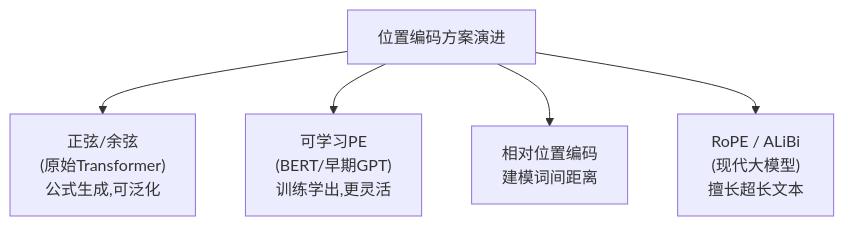
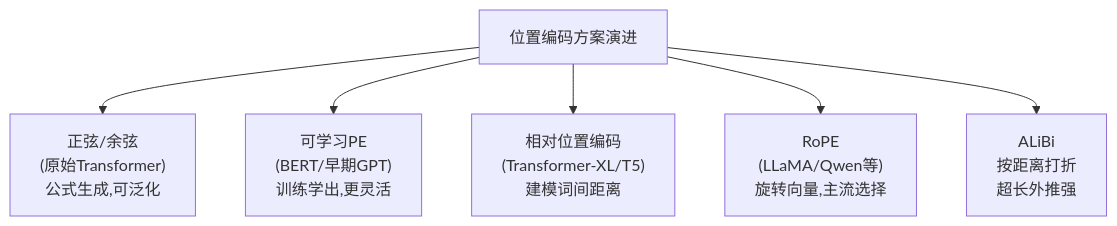
The seventh of 8 diagrams in transformer-学习资料/第05章-位置编码.md (zerioo1970/summary), drawn with Mermaid before and after one commit. The commit also changed other lines of this file and 4 other files, not shown here.

Commit message:
大幅扩写第3-7章:新增数值手算/深入原理/更多图解/FAQ/可视化代码

````diff
--- a/transformer-学习资料/第05章-位置编码.md
+++ b/transformer-学习资料/第05章-位置编码.md
@@ -128,7 +252,8 @@
 ```mermaid
 flowchart TB
     ROOT["位置编码方案演进"] --> A["正弦/余弦<br/>(原始Transformer)<br/>公式生成,可泛化"]
     ROOT --> B["可学习PE<br/>(BERT/早期GPT)<br/>训练学出,更灵活"]
-    ROOT --> C["相对位置编码<br/>建模词间距离"]
-    ROOT --> D["RoPE / ALiBi<br/>(现代大模型)<br/>擅长超长文本"]
+    ROOT --> C["相对位置编码<br/>(Transformer-XL/T5)<br/>建模词间距离"]
+    ROOT --> D["RoPE<br/>(LLaMA/Qwen等)<br/>旋转向量,主流选择"]
+    ROOT --> E["ALiBi<br/>按距离打折<br/>超长外推强"]
 ```
````
